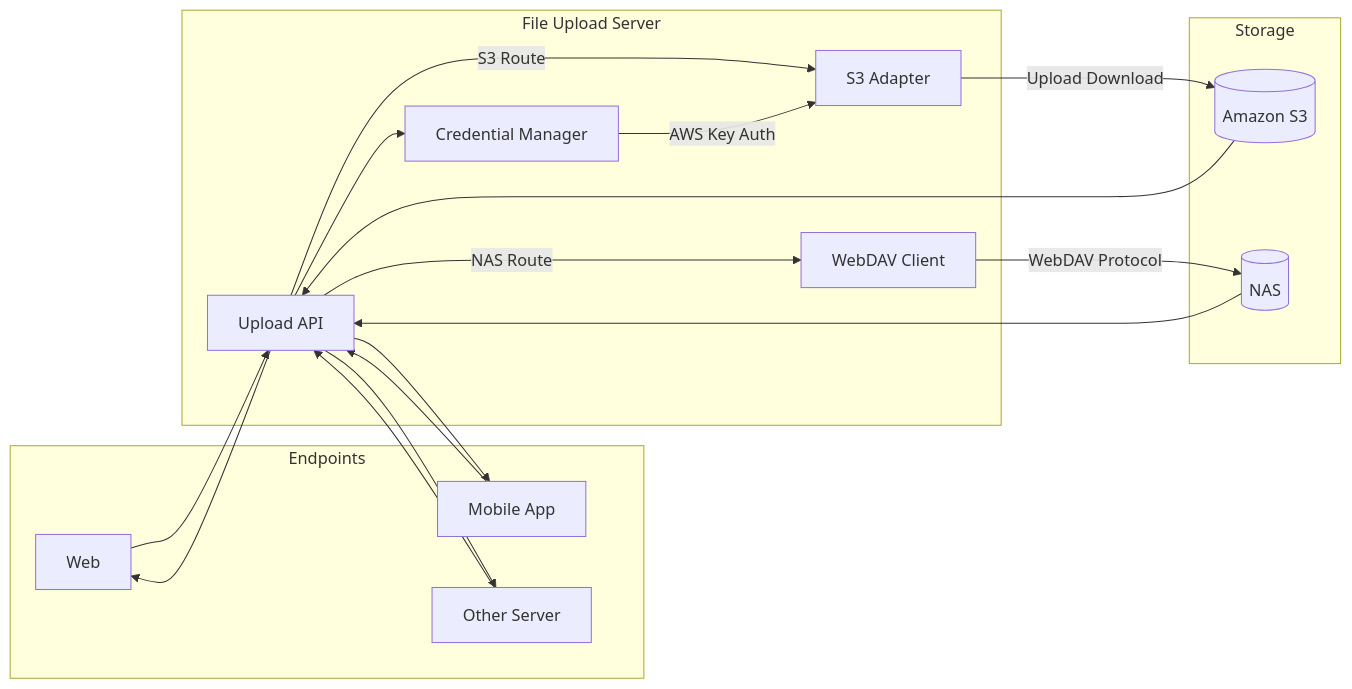
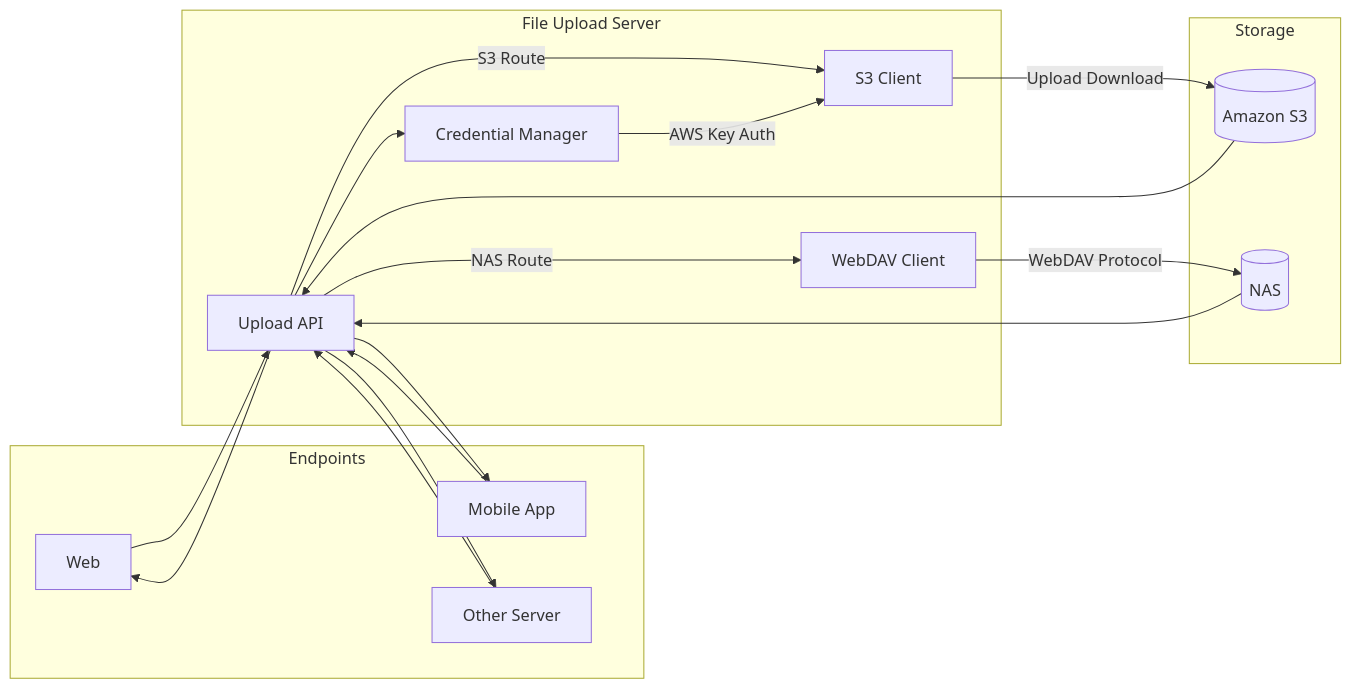
One commit to kikii-develope/s3_server_v2 changed the diagram in Architecture.md. Above: the diagram before and after it, drawn with Mermaid. The commit also changed other lines of this file and 1 other file, not shown here.

Commit message:
NAS 컨트롤러 API 스펙까지 정리 완료

````diff
--- a/Architecture.md
+++ b/Architecture.md
@@ -2,44 +2,44 @@
 ``` mermaid
 flowchart LR
   %% Clients
   subgraph E[Endpoints]
     WEB[Web]
     APP[Mobile App]
     SVC[Other Server]
   end
 
   %% Upload Server
   subgraph U[File Upload Server]
     API[Upload API]
     AUTH[Credential Manager]
-    S3ADP[S3 Adapter]
+    S3CLI[S3 Client]
     DAV[WebDAV Client]
   end
 
   %% Storage
   subgraph ST[Storage]
     S3[(Amazon S3)]
     NAS[(NAS)]
   end
 
   %% Request Flow
   WEB --> API
   APP --> API
   SVC --> API
 
   API --> AUTH
-  API -->|S3 Route| S3ADP
+  API -->|S3 Route| S3CLI
   API -->|NAS Route| DAV
 
-  AUTH -->|AWS Key Auth| S3ADP
+  AUTH -->|AWS Key Auth| S3CLI
 
-  S3ADP -->|Upload Download| S3
+  S3CLI -->|Upload Download| S3
   DAV -->|WebDAV Protocol| NAS
 
   S3 --> API
   NAS --> API
 
   API --> WEB
   API --> APP
   API --> SVC
 ```
````
